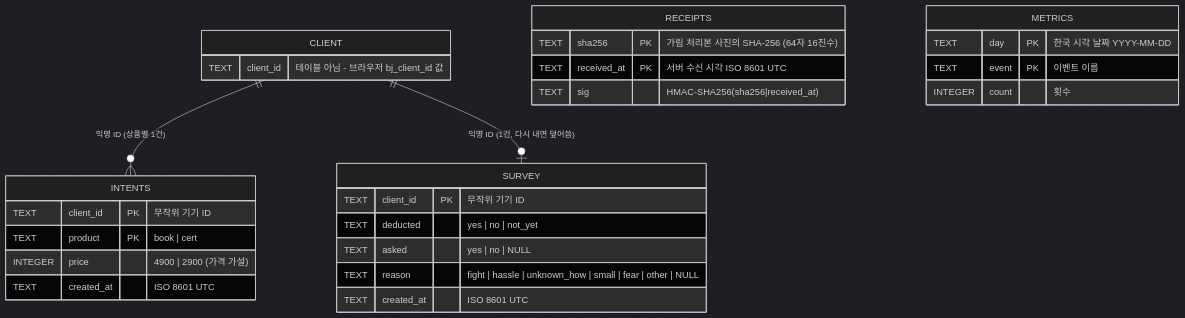
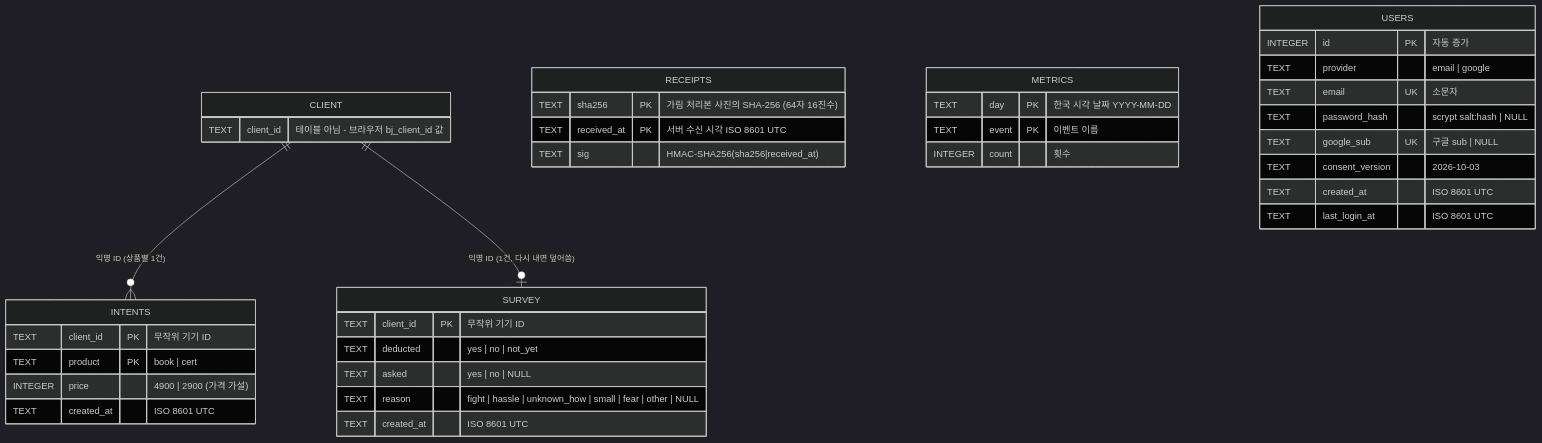
Before and after one commit to a1paka12/AIBuilder_Challenge: the first of 3 diagrams in docs/ERD.md, drawn with Mermaid (dark theme). The commit also changed other lines of this file and 30 other files, not shown here.

````diff
--- a/docs/ERD.md
+++ b/docs/ERD.md
@@ -66,31 +80,41 @@
 ```mermaid
 erDiagram
     CLIENT ||--o{ INTENTS : "익명 ID (상품별 1건)"
     CLIENT ||--o| SURVEY : "익명 ID (1건, 다시 내면 덮어씀)"
     RECEIPTS {
         TEXT sha256 PK "가림 처리본 사진의 SHA-256 (64자 16진수)"
         TEXT received_at PK "서버 수신 시각 ISO 8601 UTC"
         TEXT sig "HMAC-SHA256(sha256|received_at)"
     }
     INTENTS {
         TEXT client_id PK "무작위 기기 ID"
         TEXT product PK "book | cert"
         INTEGER price "4900 | 2900 (가격 가설)"
         TEXT created_at "ISO 8601 UTC"
     }
     SURVEY {
         TEXT client_id PK "무작위 기기 ID"
         TEXT deducted "yes | no | not_yet"
         TEXT asked "yes | no | NULL"
         TEXT reason "fight | hassle | unknown_how | small | fear | other | NULL"
         TEXT created_at "ISO 8601 UTC"
     }
     METRICS {
         TEXT day PK "한국 시각 날짜 YYYY-MM-DD"
         TEXT event PK "이벤트 이름"
         INTEGER count "횟수"
     }
     CLIENT {
         TEXT client_id "테이블 아님 - 브라우저 bj_client_id 값"
     }
+    USERS {
+        INTEGER id PK "자동 증가"
+        TEXT provider "email | google"
+        TEXT email UK "소문자"
+        TEXT password_hash "scrypt salt:hash | NULL"
+        TEXT google_sub UK "구글 sub | NULL"
+        TEXT consent_version "2026-10-03"
+        TEXT created_at "ISO 8601 UTC"
+        TEXT last_login_at "ISO 8601 UTC"
+    }
 ```
````
